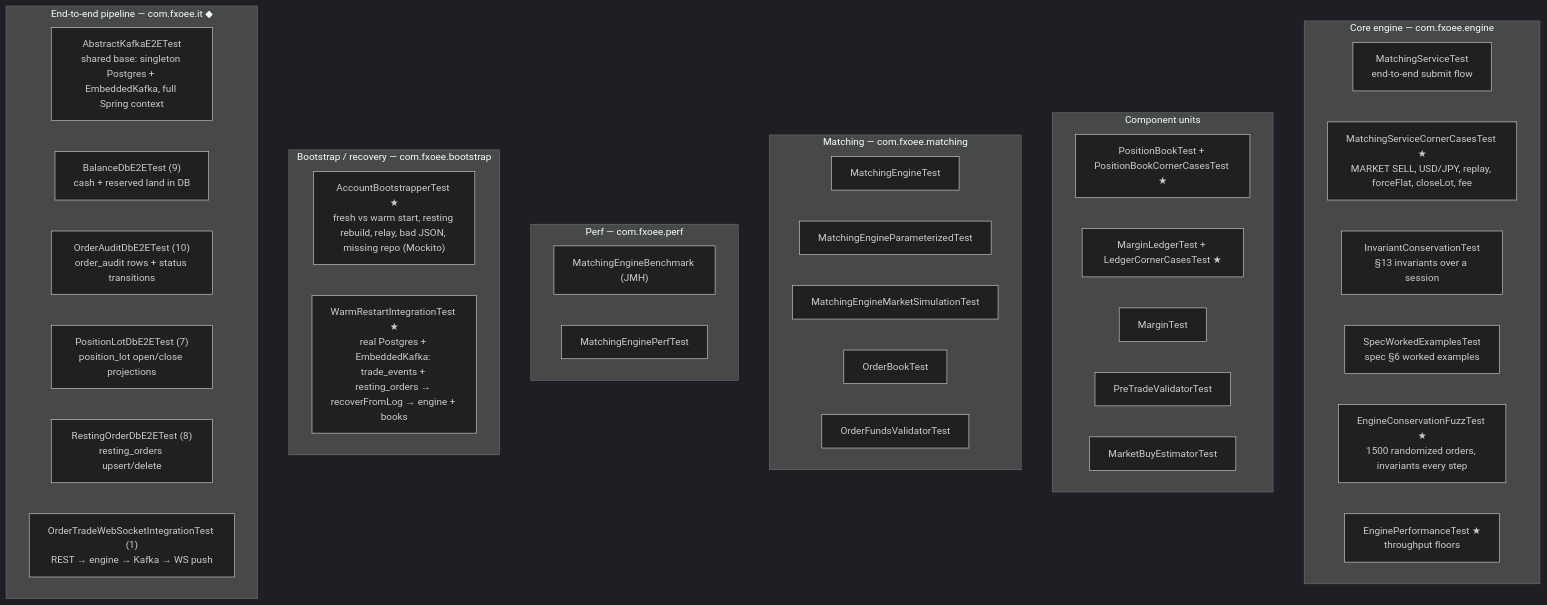
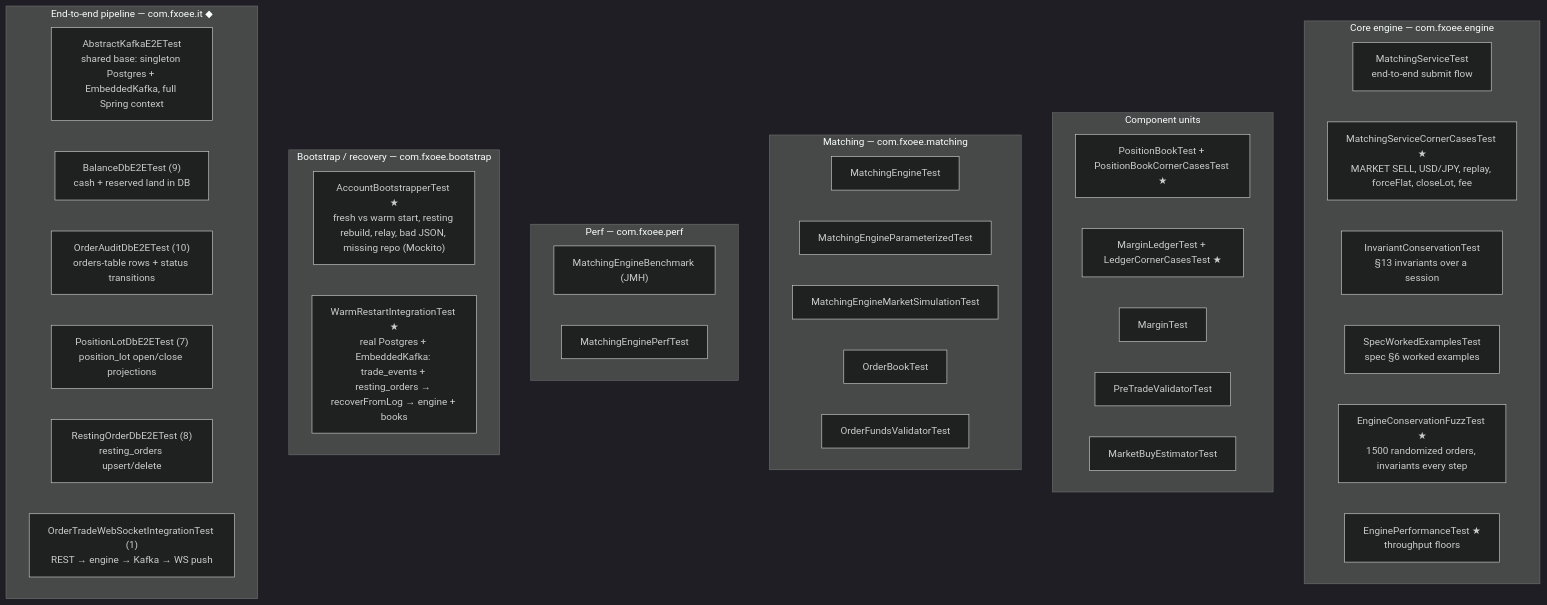
One commit to mc139/fx-oee-docs changed the first of 2 diagrams in 08-testing.md. Above: the diagram before and after it, drawn with Mermaid (dark theme). The commit also changed other lines of this file and 5 other files, not shown here.

````diff
--- a/08-testing.md
+++ b/08-testing.md
@@ -11,41 +11,41 @@
 ```mermaid
 flowchart TB
     subgraph core["Core engine — com.fxoee.engine"]
         c1["MatchingServiceTest<br/>end-to-end submit flow"]
         c2["MatchingServiceCornerCasesTest ★<br/>MARKET SELL, USD/JPY, replay, forceFlat, closeLot, fee"]
         c3["InvariantConservationTest<br/>§13 invariants over a session"]
         c4["SpecWorkedExamplesTest<br/>spec §6 worked examples"]
         c5["EngineConservationFuzzTest ★<br/>1500 randomized orders, invariants every step"]
         c6["EnginePerformanceTest ★<br/>throughput floors"]
     end
     subgraph units["Component units"]
         u1["PositionBookTest + PositionBookCornerCasesTest ★"]
         u2["MarginLedgerTest + LedgerCornerCasesTest ★"]
         u3["MarginTest"]
         u4["PreTradeValidatorTest"]
         u5["MarketBuyEstimatorTest"]
     end
     subgraph match["Matching — com.fxoee.matching"]
         m1["MatchingEngineTest"]
         m2["MatchingEngineParameterizedTest"]
         m3["MatchingEngineMarketSimulationTest"]
         m4["OrderBookTest"]
         m5["OrderFundsValidatorTest"]
     end
     subgraph perf["Perf — com.fxoee.perf"]
         p1["MatchingEngineBenchmark (JMH)"]
         p2["MatchingEnginePerfTest"]
     end
     subgraph boot["Bootstrap / recovery — com.fxoee.bootstrap"]
         b1["AccountBootstrapperTest ★<br/>fresh vs warm start, resting rebuild, relay, bad JSON, missing repo (Mockito)"]
         b2["WarmRestartIntegrationTest ★<br/>real Postgres + EmbeddedKafka: trade_events + resting_orders → recoverFromLog → engine + books"]
     end
     subgraph e2e["End-to-end pipeline — com.fxoee.it ◆"]
         e0["AbstractKafkaE2ETest<br/>shared base: singleton Postgres + EmbeddedKafka, full Spring context"]
         e1["BalanceDbE2ETest (9)<br/>cash + reserved land in DB"]
-        e2["OrderAuditDbE2ETest (10)<br/>order_audit rows + status transitions"]
+        e2["OrderAuditDbE2ETest (10)<br/>orders-table rows + status transitions"]
         e3["PositionLotDbE2ETest (7)<br/>position_lot open/close projections"]
         e4["RestingOrderDbE2ETest (8)<br/>resting_orders upsert/delete"]
         e5["OrderTradeWebSocketIntegrationTest (1)<br/>REST → engine → Kafka → WS push"]
     end
 ```
````
